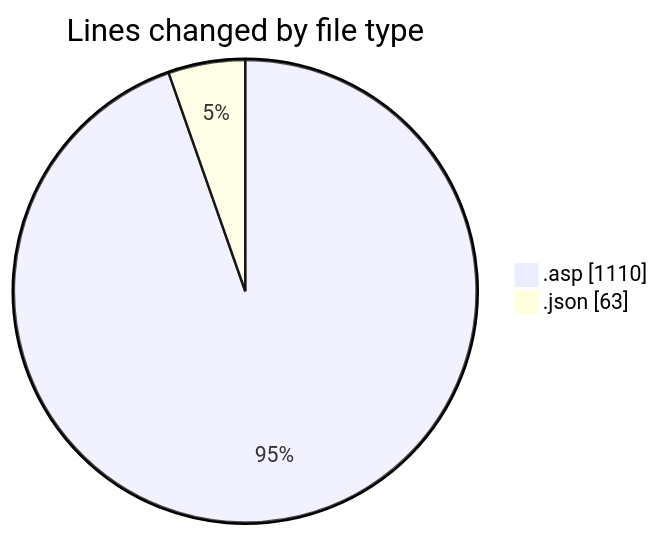
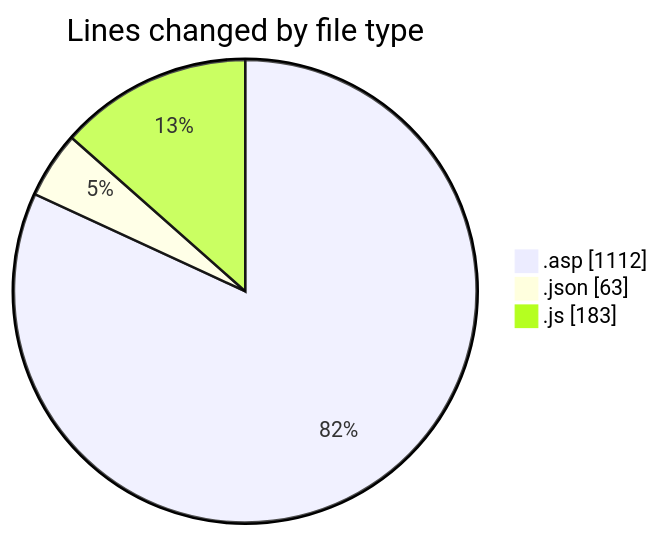
Before and after one commit to julien-gomy/code-tracking: the first of 2 diagrams in 2025-10-20/usr_aleoudev_fr__workspace_/README.md, drawn with Mermaid. The commit also changed other lines of this file and 1 other file, not shown here.

````diff
--- a/2025-10-20/usr_aleoudev_fr__workspace_/README.md
+++ b/2025-10-20/usr_aleoudev_fr__workspace_/README.md
@@ -23,6 +24,7 @@
 ```mermaid
 pie showData
 title Lines changed by file type
-".asp" : 1110
+".asp" : 1112
 ".json" : 63
+".js" : 183
 ```
````
